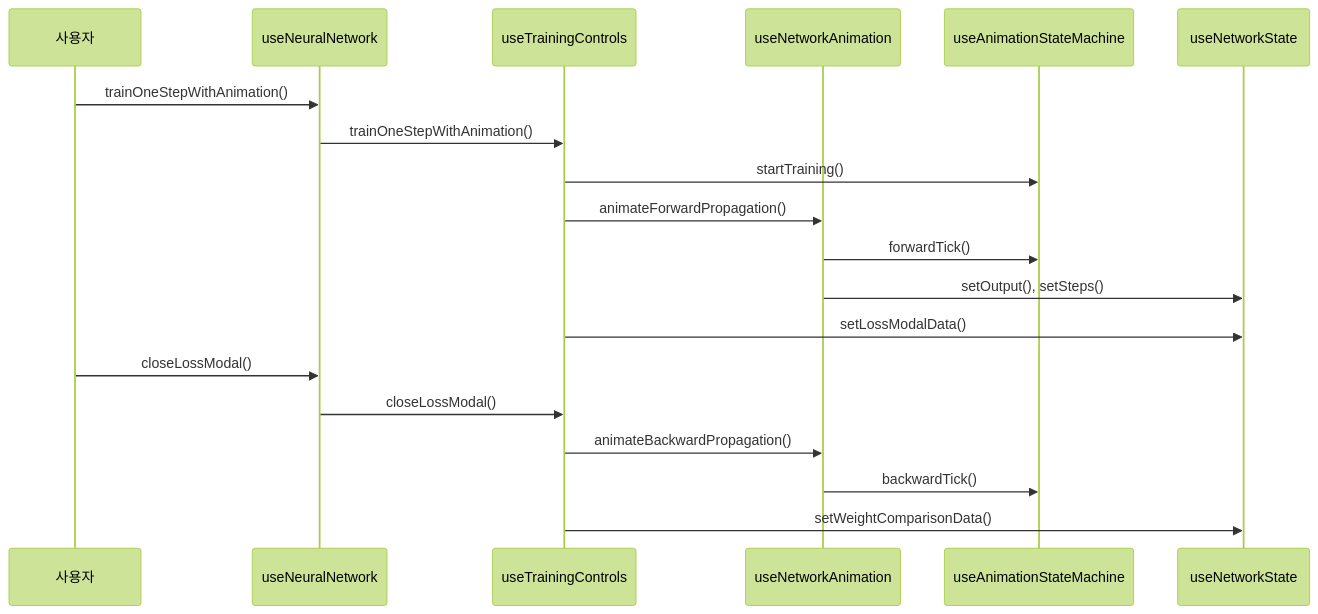
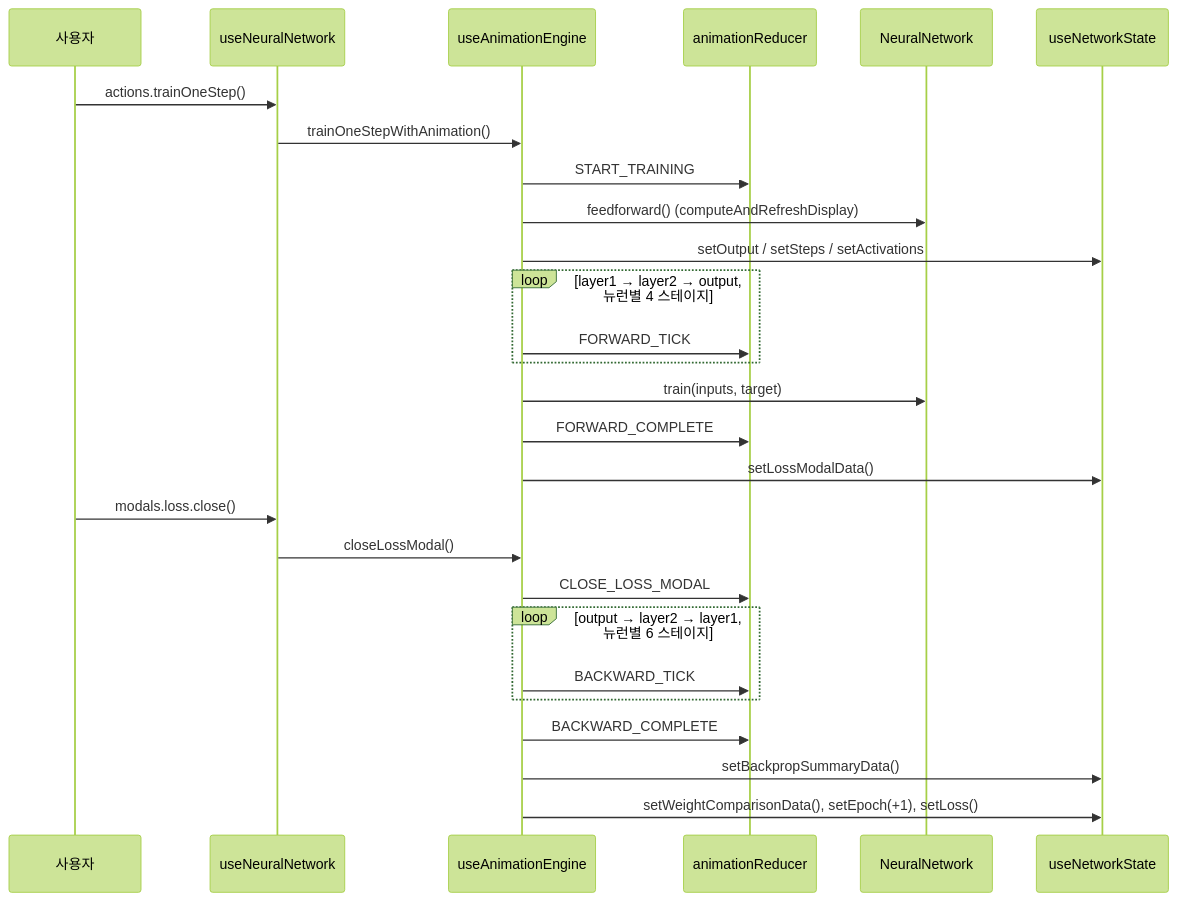
The third of 3 diagrams in doc/hook_architecture.md (ofcbj/nn-book), drawn with Mermaid (forest theme) before and after one commit. The commit also changed other lines of this file and 48 other files, not shown here.

````diff
--- a/doc/hook_architecture.md
+++ b/doc/hook_architecture.md
@@ -88,23 +74,31 @@
 ```mermaid
 sequenceDiagram
     participant User as 사용자
     participant NN as useNeuralNetwork
-    participant TC as useTrainingControls
-    participant Anim as useNetworkAnimation
-    participant ASM as useAnimationStateMachine
+    participant AE as useAnimationEngine
+    participant FSM as animationReducer
+    participant Net as NeuralNetwork
     participant State as useNetworkState
 
-    User->>NN: trainOneStepWithAnimation()
-    NN->>TC: trainOneStepWithAnimation()
-    TC->>ASM: startTraining()
-    TC->>Anim: animateForwardPropagation()
-    Anim->>ASM: forwardTick()
-    Anim->>State: setOutput(), setSteps()
-    TC->>State: setLossModalData()
-    
-    User->>NN: closeLossModal()
-    NN->>TC: closeLossModal()
-    TC->>Anim: animateBackwardPropagation()
-    Anim->>ASM: backwardTick()
-    TC->>State: setWeightComparisonData()
+    User->>NN: actions.trainOneStep()
+    NN->>AE: trainOneStepWithAnimation()
+    AE->>FSM: START_TRAINING
+    AE->>Net: feedforward() (computeAndRefreshDisplay)
+    AE->>State: setOutput / setSteps / setActivations
+    loop layer1 → layer2 → output, 뉴런별 4 스테이지
+        AE->>FSM: FORWARD_TICK
+    end
+    AE->>Net: train(inputs, target)
+    AE->>FSM: FORWARD_COMPLETE
+    AE->>State: setLossModalData()
+
+    User->>NN: modals.loss.close()
+    NN->>AE: closeLossModal()
+    AE->>FSM: CLOSE_LOSS_MODAL
+    loop output → layer2 → layer1, 뉴런별 6 스테이지
+        AE->>FSM: BACKWARD_TICK
+    end
+    AE->>FSM: BACKWARD_COMPLETE
+    AE->>State: setBackpropSummaryData()
+    AE->>State: setWeightComparisonData(), setEpoch(+1), setLoss()
 ```
````
